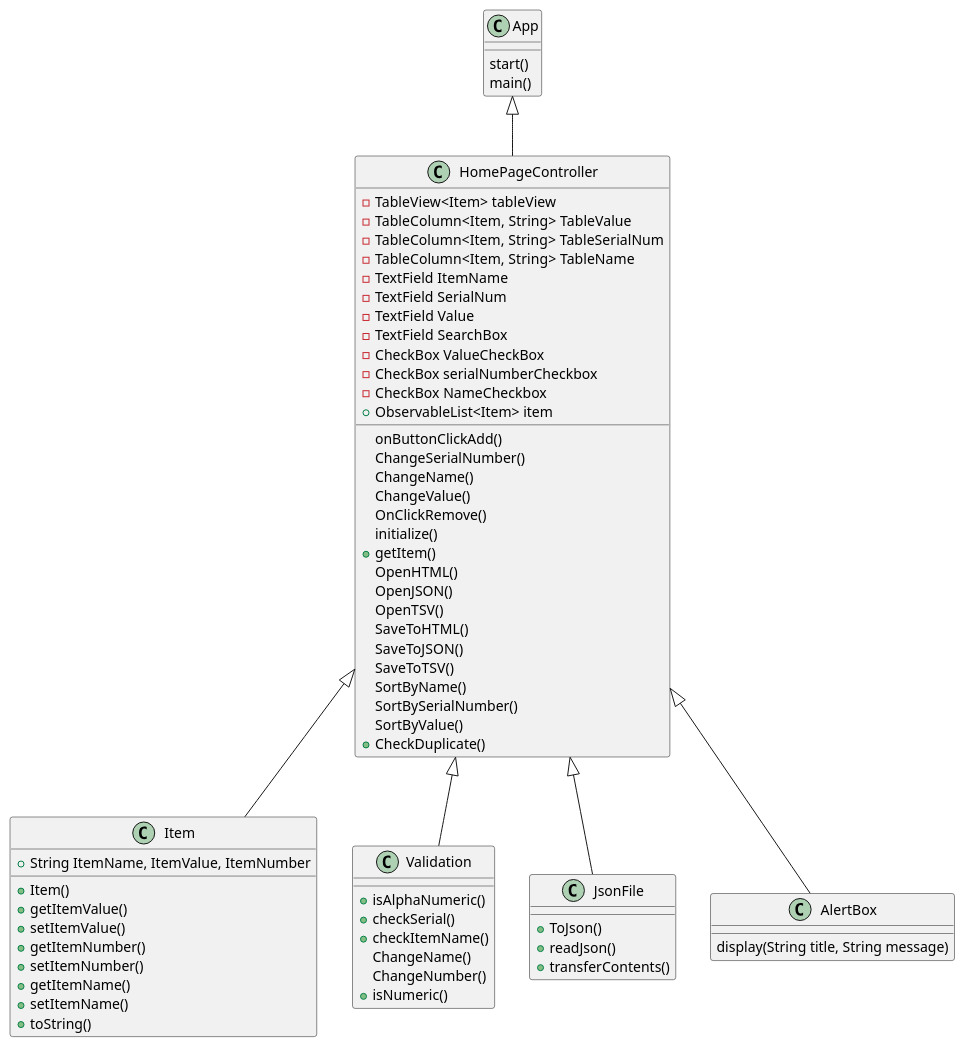
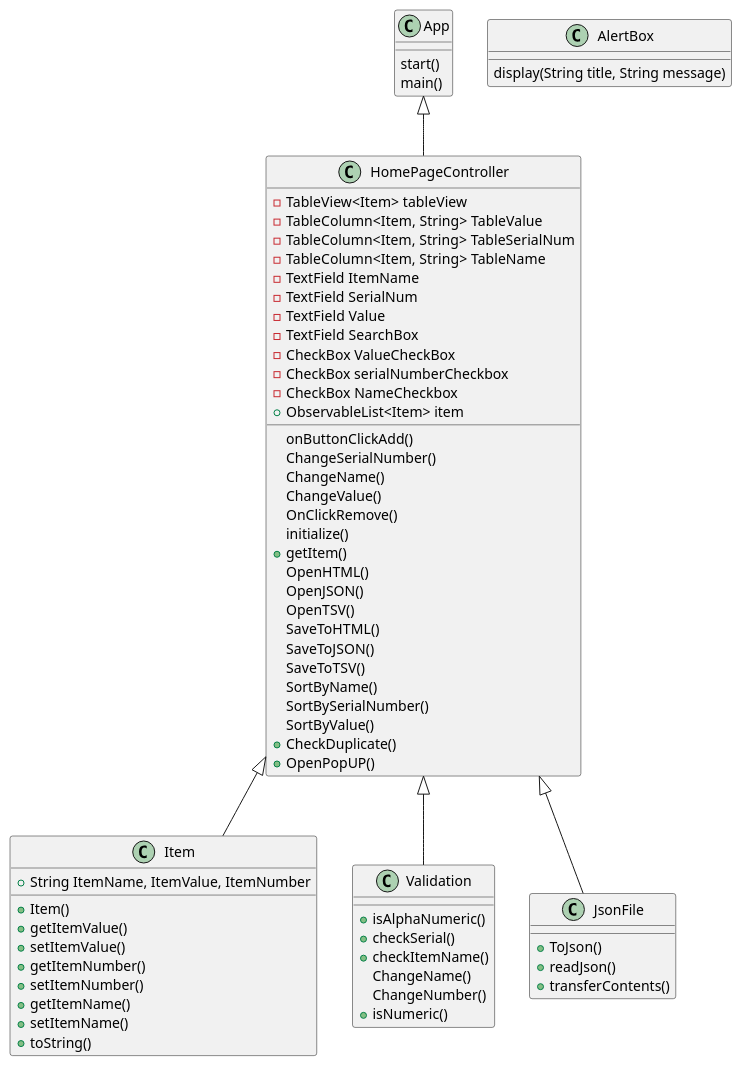
One commit to LeonieAlex/Inventory-Program changed the diagram in uml/App.puml. Above: the diagram before and after it, drawn with PlantUML. The commit also changed 5 other files, not shown here.

```diff
--- a/uml/App.puml
+++ b/uml/App.puml
@@ -1,79 +1,79 @@
 @startuml
 'https://plantuml.com/class-diagram
 
 App <|-- HomePageController
 HomePageController <|-- Item
 HomePageController <|-- Validation
 HomePageController <|-- JsonFile
-HomePageController <|-- AlertBox
 
 class AlertBox {
 display(String title, String message)
 }
 
 class App {
 start()
 main()
 }
 
 class Item {
 +String ItemName, ItemValue, ItemNumber
 +Item()
 +getItemValue()
 +setItemValue()
 +getItemNumber()
 +setItemNumber()
 +getItemName()
 +setItemName()
 +toString()
 }
 
 class JsonFile {
 +ToJson()
 +readJson()
 +transferContents()
 }
 
 class Validation {
 +isAlphaNumeric()
 +checkSerial()
 +checkItemName()
 ChangeName()
 ChangeNumber()
 +isNumeric()
 }
 
 class HomePageController {
 -TableView<Item> tableView
 -TableColumn<Item, String> TableValue
 -TableColumn<Item, String> TableSerialNum
 -TableColumn<Item, String> TableName
 -TextField ItemName
 -TextField SerialNum
 -TextField Value
 -TextField SearchBox
 -CheckBox ValueCheckBox
 -CheckBox serialNumberCheckbox
 -CheckBox NameCheckbox
 +ObservableList<Item> item
 onButtonClickAdd()
 ChangeSerialNumber()
 ChangeName()
 ChangeValue()
 OnClickRemove()
 initialize()
 +getItem()
 OpenHTML()
 OpenJSON()
 OpenTSV()
 SaveToHTML()
 SaveToJSON()
 SaveToTSV()
 SortByName()
 SortBySerialNumber()
 SortByValue()
 +CheckDuplicate()
++OpenPopUP()
 }
 
 
 @enduml
```
